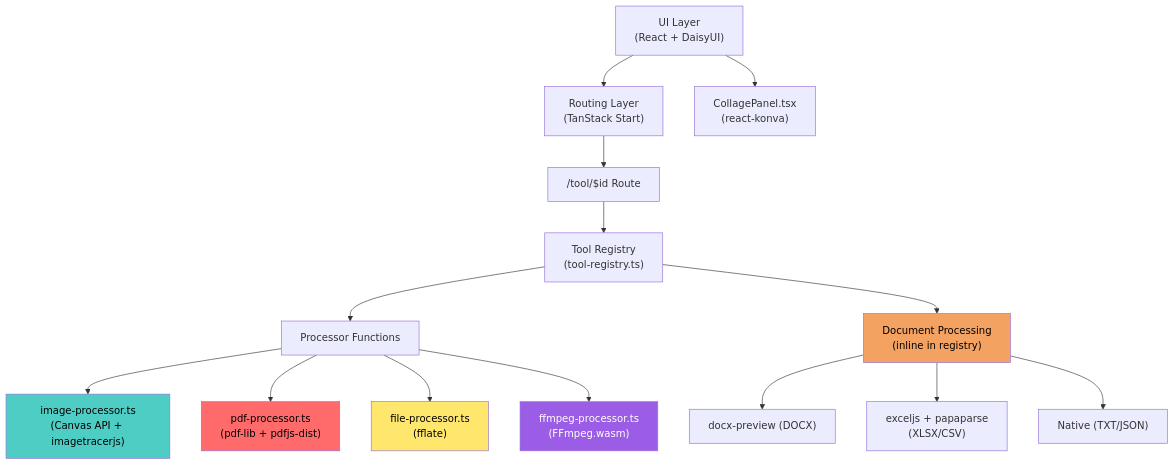
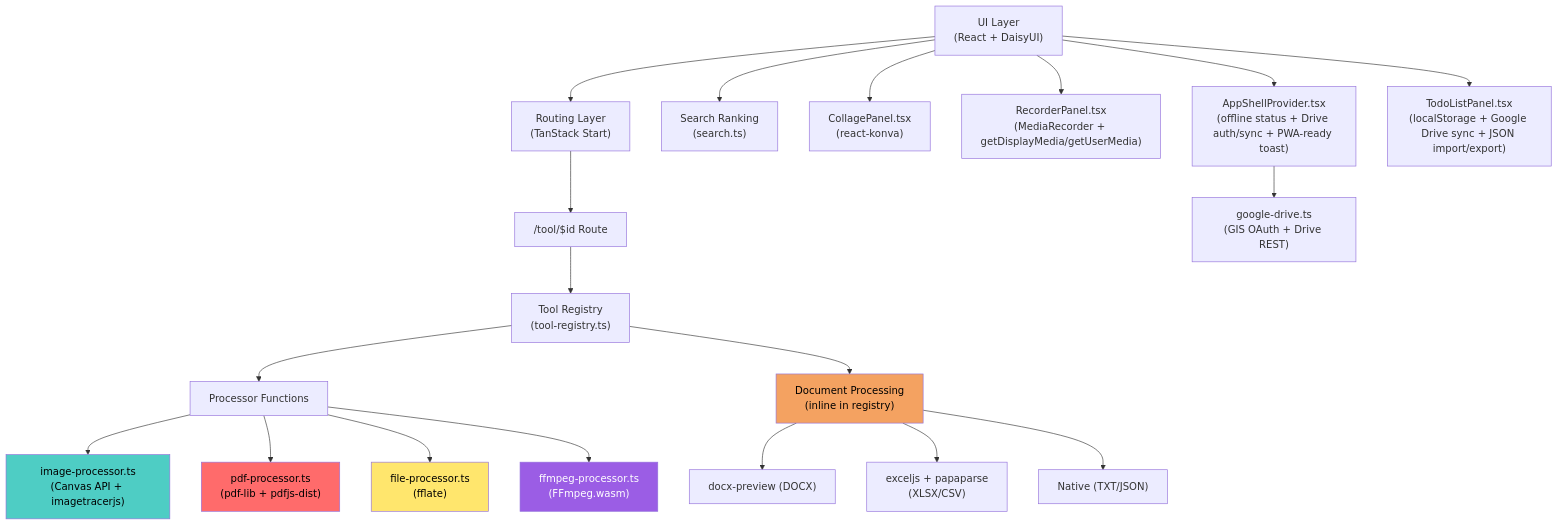
One commit to imxade/kitsy changed the first of 8 diagrams in README.md. Above: the diagram before and after it, drawn with Mermaid. The commit also changed other lines of this file, not shown here.

First line of the commit message:
docs: update README with architecture details and development rules

````diff
--- a/README.md
+++ b/README.md
@@ -15,22 +15,27 @@
 ```mermaid
 flowchart TD
     UI["UI Layer<br/>(React + DaisyUI)"] --> Router["Routing Layer<br/>(TanStack Start)"]
     Router --> ToolRoute["/tool/$id Route"]
     ToolRoute --> Registry["Tool Registry<br/>(tool-registry.ts)"]
+    UI --> SearchRank["Search Ranking<br/>(search.ts)"]
     Registry --> Processors["Processor Functions"]
     Processors --> ImgProc["image-processor.ts<br/>(Canvas API + imagetracerjs)"]
     Processors --> PdfProc["pdf-processor.ts<br/>(pdf-lib + pdfjs-dist)"]
     Processors --> FileProc["file-processor.ts<br/>(fflate)"]
     Processors --> FfmpegProc["ffmpeg-processor.ts<br/>(FFmpeg.wasm)"]
     Registry --> DocInline["Document Processing<br/>(inline in registry)"]
     DocInline --> docxPrev["docx-preview (DOCX)"]
     DocInline --> xlsxLib["exceljs + papaparse<br/>(XLSX/CSV)"]
     DocInline --> txtJson["Native (TXT/JSON)"]
     UI --> CollageUI["CollagePanel.tsx<br/>(react-konva)"]
+    UI --> RecorderUI["RecorderPanel.tsx<br/>(MediaRecorder + getDisplayMedia/getUserMedia)"]
+    UI --> ShellUI["AppShellProvider.tsx<br/>(offline status + Drive auth/sync + PWA-ready toast)"]
+    UI --> TodoUI["TodoListPanel.tsx<br/>(localStorage + Google Drive sync + JSON import/export)"]
+    ShellUI --> Drive["google-drive.ts<br/>(GIS OAuth + Drive REST)"]
 
     style ImgProc fill:#4ecdc4,color:#000
     style PdfProc fill:#ff6b6b,color:#000
     style FileProc fill:#ffe66d,color:#000
     style FfmpegProc fill:#9b5de5,color:#fff
     style DocInline fill:#f4a261,color:#000
 ```
````
